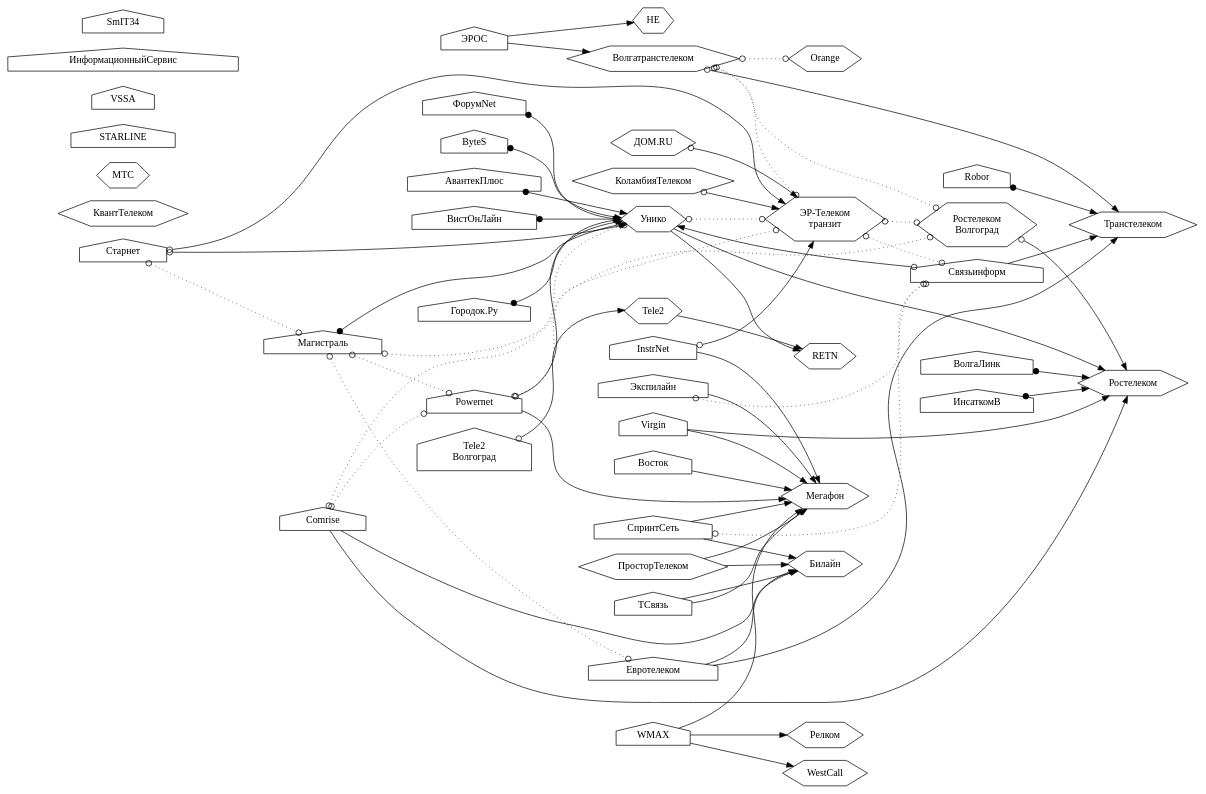
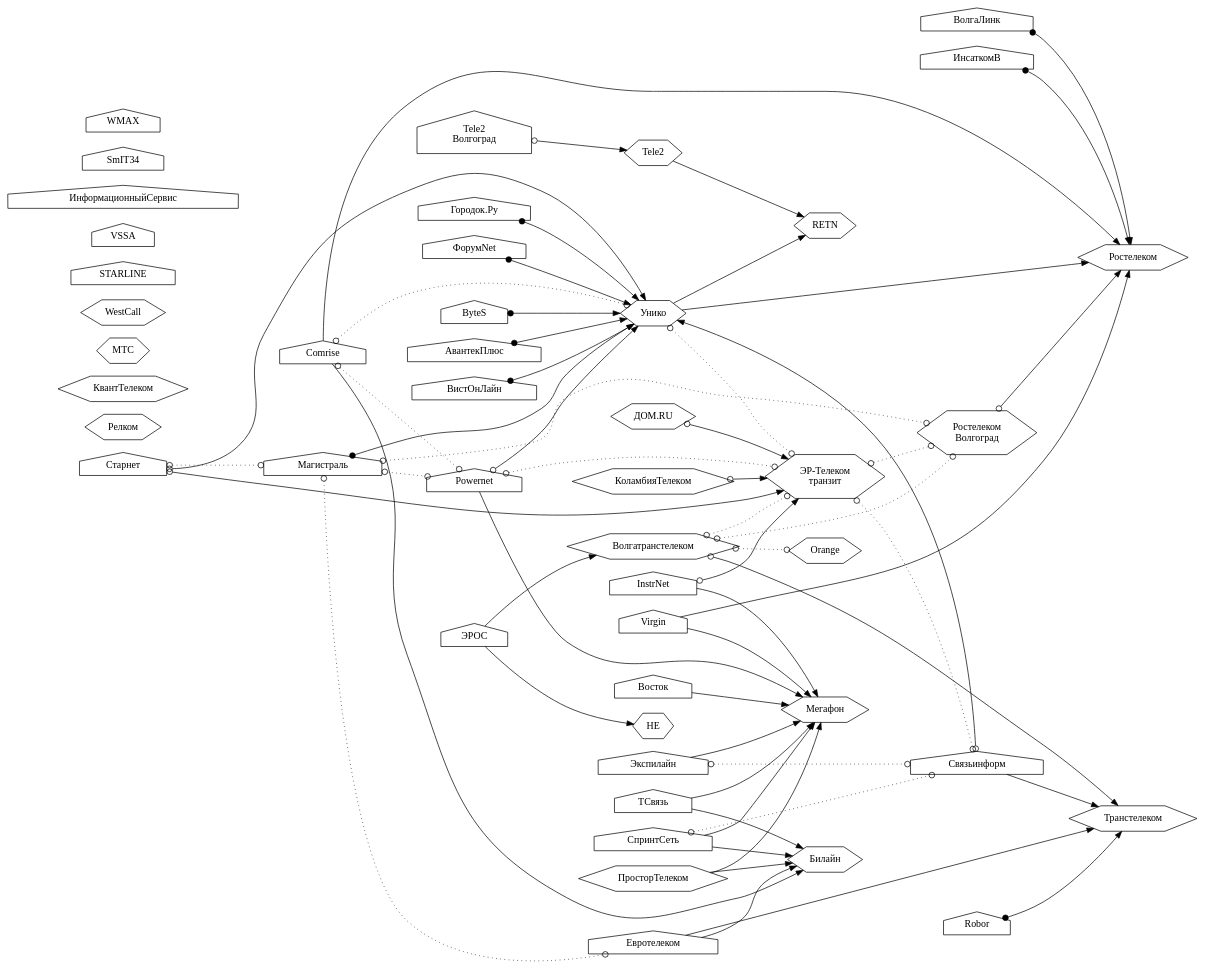
One commit to Urlandi/elsv-v.ru changed the diagram in docs/links/links.dot. Above: the diagram before and after it, drawn with Graphviz. The commit also changed 5 other files, not shown here.

```diff
--- a/docs/links/links.dot
+++ b/docs/links/links.dot
@@ -1,161 +1,158 @@
 digraph ispgraph {
 
 rankdir = LR;
 node [shape=house;];
 
 Унико, ДомРу, ЭрТелеком, Транстелеком, Волгатранстелеком, Релком [shape=hexagon;];
 Мегафон, Вымпелком, КоламбияТелеком, Ростелеком, HE, КвантТелеком [shape=hexagon;];
 Tele2, МТС, ЮТК, Orange, ПросторТелеком, WestCall, RETN [shape=hexagon;];
 
 ДомРу [label="ДОМ.RU"];
 ЭрТелеком [label="ЭР-Телеком\nтранзит"];
 ЮТК [label="Ростелеком\nВолгоград"];
 Вымпелком [label="Билайн"];
 ГородокТочкаРу [label="Городок.Ру"];
 СМАРТС [label="Tele2\nВолгоград"];
 
 subgraph backbone {/*Собственная опорная сеть*/
 Транстелеком;
 Мегафон;
 Вымпелком;
 Ростелеком;
 HE;
 МТС;
 Orange;
 ЭрТелеком;
 WestCall;
 };
 
 subgraph Ростелеком {/*Провайдеры члены Ростелеком*/
 Ростелеком;
 ЮТК;
 };
 
 subgraph ЭрТелекомХолдинг {/*ЭР-Телеком*/
 ДомРу;
 ЭрТелеком;
 КоламбияТелеком;
 };
 
 {/*Отсутствует информация о подключении*/
 STARLINE;
 VSSA;
 ИнформационныйСервис;
 КвантТелеком;
 SmIT34;
+WMAX;
 };
 
 
 {/*Магистральные связи*/
 
 Связьинформ -> Транстелеком;
 
 Tele2 -> RETN;
 
 СпринтСеть -> Вымпелком;
 СпринтСеть -> Мегафон;
 
 Экспилайн -> Мегафон;
 
 ЭРОС -> Волгатранстелеком;
 ЭРОС -> HE;
 
 
 Comrise -> Ростелеком;
 Comrise -> Вымпелком;
 
 Powernet -> Мегафон;
 
 Евротелеком -> Транстелеком;
 Евротелеком -> Вымпелком;
 
 Virgin -> Мегафон;
 Virgin -> Ростелеком;
 
 Унико -> Ростелеком;
 Унико -> RETN;
 
 ПросторТелеком -> Вымпелком;
 ПросторТелеком -> Мегафон;
-
-WMAX -> Мегафон;
-WMAX -> WestCall;
-WMAX -> Релком;
 
 InstrNet -> Мегафон;
 
 ТСвязь -> Мегафон;
 ТСвязь -> Вымпелком;
 
 Восток -> Мегафон;
 
 {/*Пиринг с магистральным оператором*/
 edge [dir=both; arrowtail=odot;];
 
 Связьинформ -> Унико;
 
 Старнет -> Унико;
 Старнет -> ЭрТелеком;
 
 Powernet -> Унико;
 
 ЮТК -> Ростелеком;
 
 Волгатранстелеком -> Транстелеком;
 
 ДомРу -> ЭрТелеком;
 КоламбияТелеком -> ЭрТелеком;
 
 InstrNet -> ЭрТелеком;
 
 СМАРТС -> Tele2;
 
 };
 
 {/*Маршрутизация на оборудовании магистрального оператора*/
 edge [dir=both; arrowtail=dot;];
 
 ВолгаЛинк -> Ростелеком;
 ИнсаткомВ -> Ростелеком;
 Магистраль -> Унико;
 ГородокТочкаРу -> Унико;
 ФорумNet -> Унико;
 ByteS -> Унико;
 АвантекПлюс -> Унико;
 Robor -> Транстелеком;
 ВистОнЛайн -> Унико;
 };
 
 };
 
 {/*Пиринг*/
 
 edge [dir=both; arrowhead=odot; arrowtail=odot; style=dotted;];
 
 СпринтСеть -> Связьинформ;
 
 Старнет -> Магистраль;
 
 Экспилайн -> Связьинформ;
 
 Comrise -> Унико;
 Comrise -> Powernet;
 
 Powernet -> ЭрТелеком;
 
 Магистраль -> Powernet;
 Магистраль -> ЮТК;
 Магистраль -> Евротелеком;
 
 Унико -> ЭрТелеком;
 
 Волгатранстелеком -> ЮТК;
 Волгатранстелеком -> ЭрТелеком;
 Волгатранстелеком -> Orange;
 
 ЭрТелеком -> ЮТК;
 ЭрТелеком -> Связьинформ;
 
 };
 
 }
```
